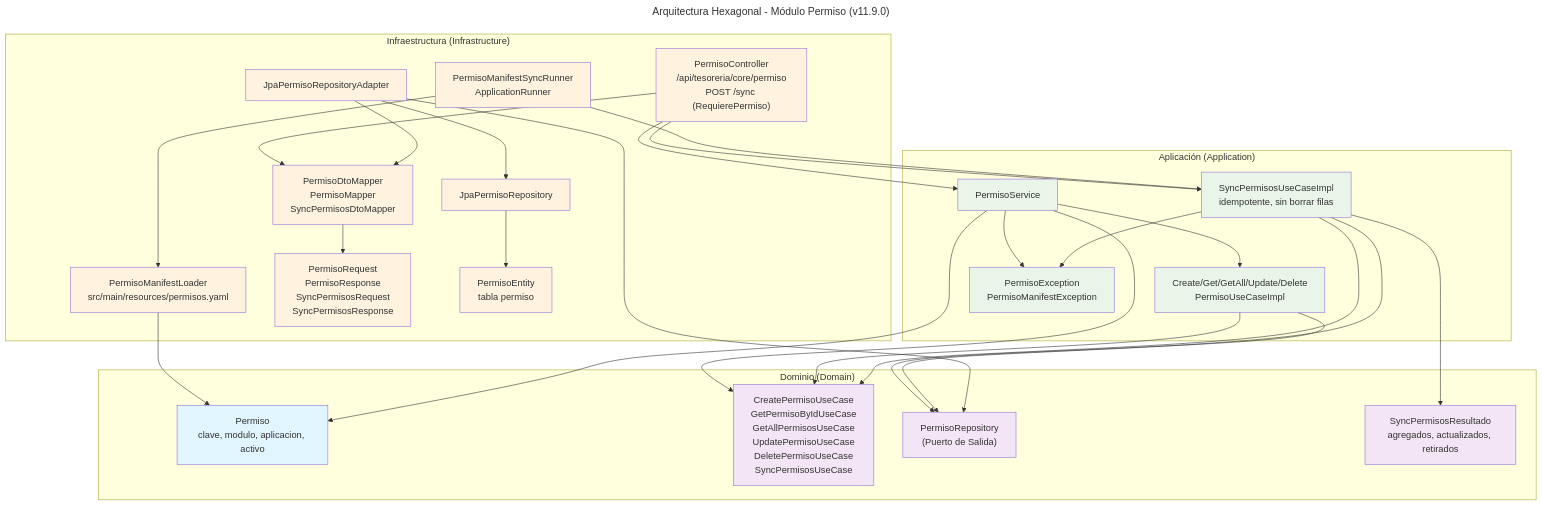
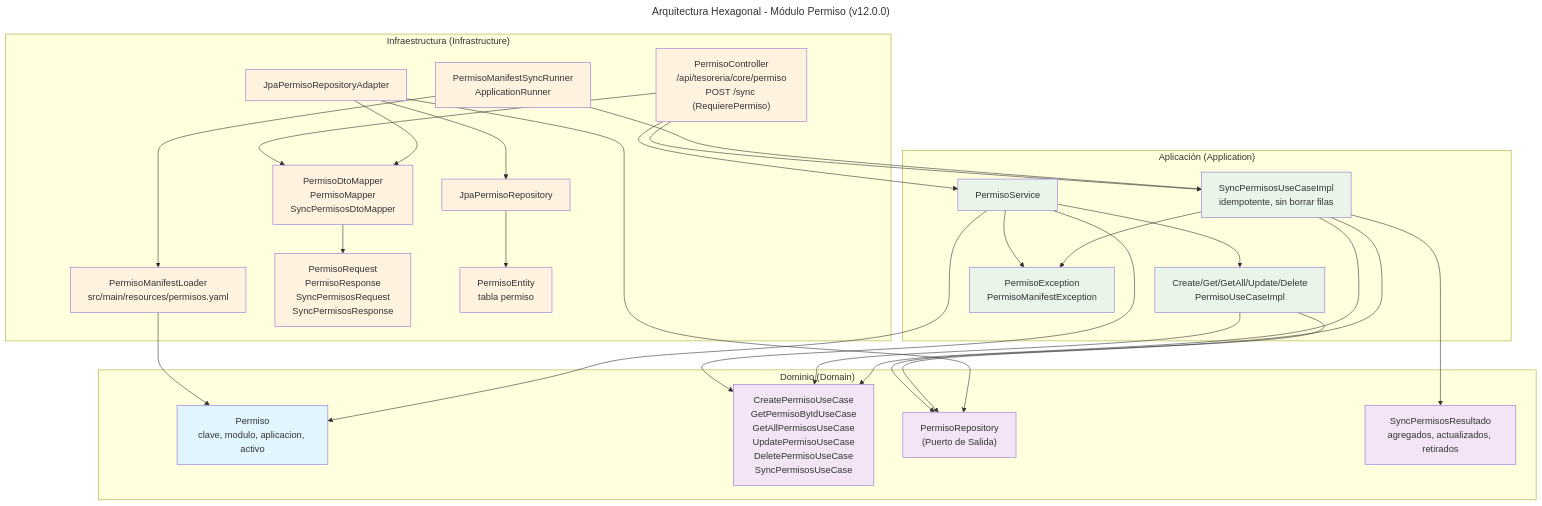
One commit to UM-services/UM.tesoreria.core-service changed the diagram in docs/hexagonal-permiso.mmd. Above: the diagram before and after it, drawn with Mermaid. The commit also changed 11 other files, not shown here.

```diff
--- a/docs/hexagonal-permiso.mmd
+++ b/docs/hexagonal-permiso.mmd
@@ -1,67 +1,67 @@
 ---
-title: Arquitectura Hexagonal - Módulo Permiso (v11.9.0)
+title: Arquitectura Hexagonal - Módulo Permiso (v12.0.0)
 ---
 flowchart TD
     subgraph Dominio ["Dominio (Domain)"]
         M["Permiso<br/>clave, modulo, aplicacion, activo"]
         IN["CreatePermisoUseCase<br/>GetPermisoByIdUseCase<br/>GetAllPermisosUseCase<br/>UpdatePermisoUseCase<br/>DeletePermisoUseCase<br/>SyncPermisosUseCase"]
         OUT["PermisoRepository<br/>(Puerto de Salida)"]
         RES["SyncPermisosResultado<br/>agregados, actualizados, retirados"]
     end
 
     subgraph Aplicacion ["Aplicación (Application)"]
         Svc["PermisoService"]
         UCs["Create/Get/GetAll/Update/Delete<br/>PermisoUseCaseImpl"]
         Sync["SyncPermisosUseCaseImpl<br/>idempotente, sin borrar filas"]
         Exc["PermisoException<br/>PermisoManifestException"]
     end
 
     subgraph Infraestructura ["Infraestructura (Infrastructure)"]
         Ctrl["PermisoController<br/>/api/tesoreria/core/permiso<br/>POST /sync (RequierePermiso)"]
         Manifest["PermisoManifestLoader<br/>src/main/resources/permisos.yaml"]
         Runner["PermisoManifestSyncRunner<br/>ApplicationRunner"]
         DTO["PermisoRequest<br/>PermisoResponse<br/>SyncPermisosRequest<br/>SyncPermisosResponse"]
         Map["PermisoDtoMapper<br/>PermisoMapper<br/>SyncPermisosDtoMapper"]
         Adp["JpaPermisoRepositoryAdapter"]
         Ent["PermisoEntity<br/>tabla permiso"]
         Jpa["JpaPermisoRepository"]
     end
 
     Ctrl --> Svc
     Ctrl --> Sync
     Ctrl --> Map
     Map --> DTO
     Svc --> IN
     Svc --> UCs
     Svc --> Exc
     UCs --> IN
     UCs --> OUT
     Sync --> IN
     Sync --> OUT
     Sync --> RES
     Sync --> Exc
     Runner --> Manifest
     Runner --> Sync
     Manifest --> M
     Adp --> OUT
     Adp --> Map
     Adp --> Jpa
     Jpa --> Ent
     Svc --> M
 
     style M fill:#e1f5fe
     style IN fill:#f3e5f5
     style OUT fill:#f3e5f5
     style RES fill:#f3e5f5
     style Svc fill:#e8f5e8
     style UCs fill:#e8f5e8
     style Sync fill:#e8f5e8
     style Exc fill:#e8f5e8
     style Ctrl fill:#fff3e0
     style Manifest fill:#fff3e0
     style Runner fill:#fff3e0
     style DTO fill:#fff3e0
     style Map fill:#fff3e0
     style Adp fill:#fff3e0
     style Ent fill:#fff3e0
     style Jpa fill:#fff3e0
```
